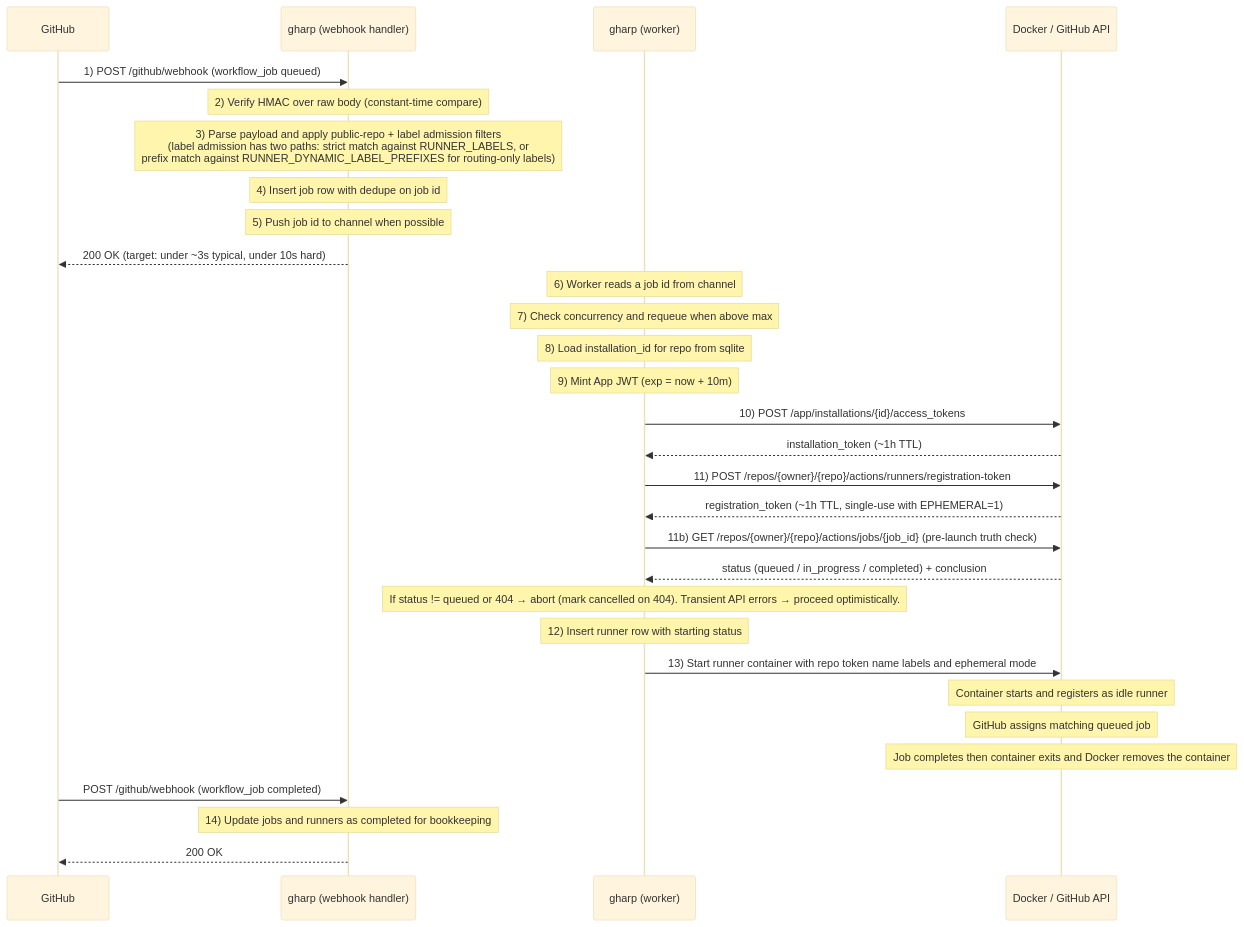
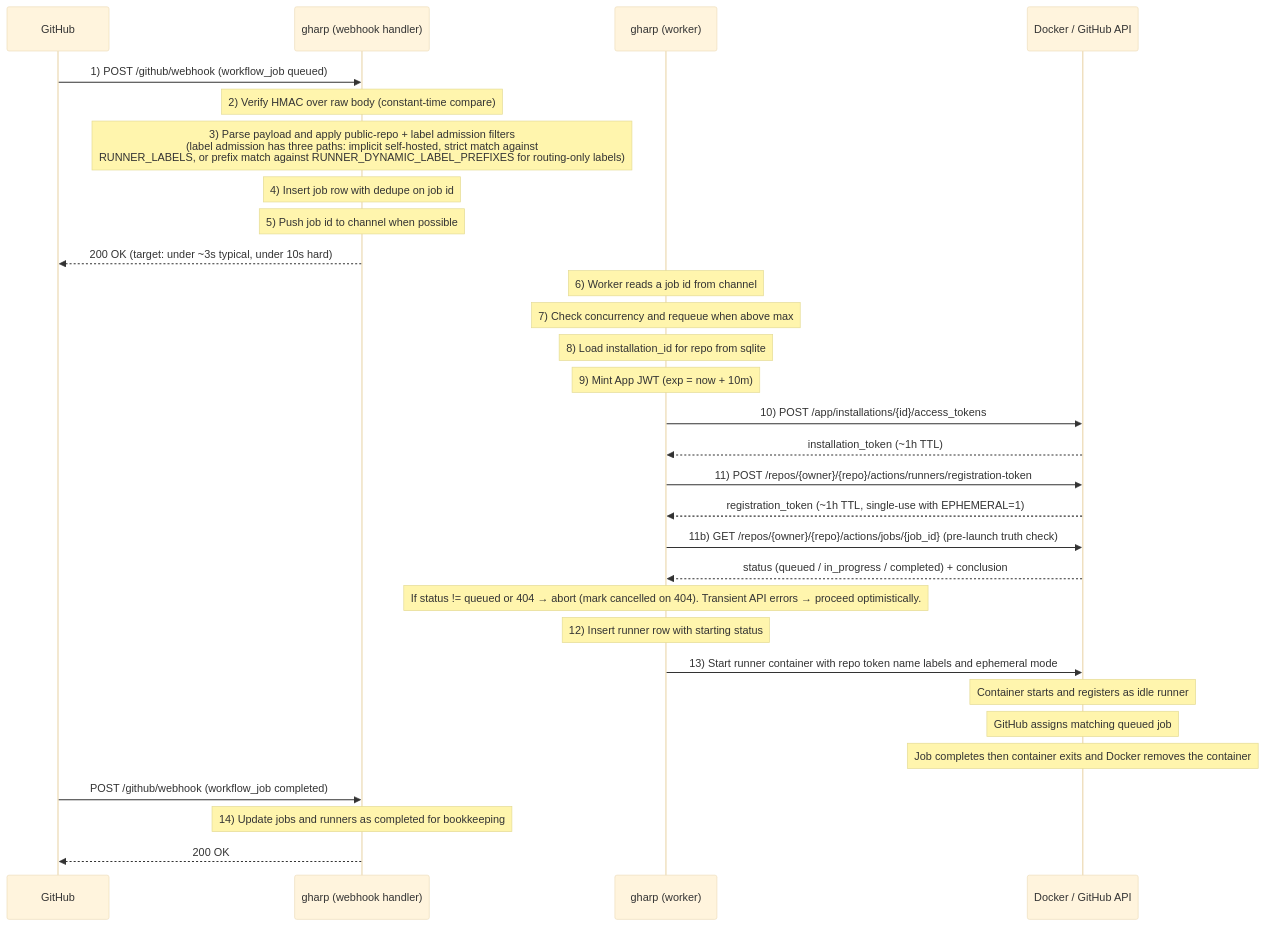
Before and after one commit to muhac/actions-runner-pool: the first of 2 diagrams in docs/architecture.md, drawn with Mermaid (base theme). The commit also changed other lines of this file, not shown here.

Commit message:
docs(architecture): document implicit self-hosted label admission

````diff
--- a/docs/architecture.md
+++ b/docs/architecture.md
@@ -160,39 +160,39 @@
 ```mermaid
 sequenceDiagram
     participant GH as GitHub
     participant WH as gharp (webhook handler)
     participant WK as gharp (worker)
     participant DK as Docker / GitHub API
 
   GH->>WH: 1) POST /github/webhook (workflow_job queued)
     Note over WH: 2) Verify HMAC over raw body (constant-time compare)
-  Note over WH: 3) Parse payload and apply public-repo + label admission filters<br/>(label admission has two paths: strict match against RUNNER_LABELS, or<br/>prefix match against RUNNER_DYNAMIC_LABEL_PREFIXES for routing-only labels)
+  Note over WH: 3) Parse payload and apply public-repo + label admission filters<br/>(label admission has three paths: implicit self-hosted, strict match against<br/>RUNNER_LABELS, or prefix match against RUNNER_DYNAMIC_LABEL_PREFIXES for routing-only labels)
   Note over WH: 4) Insert job row with dedupe on job id
   Note over WH: 5) Push job id to channel when possible
   WH-->>GH: 200 OK (target: under ~3s typical, under 10s hard)
 
     Note over WK: 6) Worker reads a job id from channel
     Note over WK: 7) Check concurrency and requeue when above max
     Note over WK: 8) Load installation_id for repo from sqlite
     Note over WK: 9) Mint App JWT (exp = now + 10m)
 
     WK->>DK: 10) POST /app/installations/{id}/access_tokens
     DK-->>WK: installation_token (~1h TTL)
 
     WK->>DK: 11) POST /repos/{owner}/{repo}/actions/runners/registration-token
     DK-->>WK: registration_token (~1h TTL, single-use with EPHEMERAL=1)
 
     WK->>DK: 11b) GET /repos/{owner}/{repo}/actions/jobs/{job_id} (pre-launch truth check)
     DK-->>WK: status (queued / in_progress / completed) + conclusion
     Note over WK: If status != queued or 404 → abort (mark cancelled on 404). Transient API errors → proceed optimistically.
 
     Note over WK: 12) Insert runner row with starting status
     WK->>DK: 13) Start runner container with repo token name labels and ephemeral mode
     Note over DK: Container starts and registers as idle runner
     Note over DK: GitHub assigns matching queued job
     Note over DK: Job completes then container exits and Docker removes the container
 
     GH->>WH: POST /github/webhook (workflow_job completed)
     Note over WH: 14) Update jobs and runners as completed for bookkeeping
     WH-->>GH: 200 OK
 ```
````
